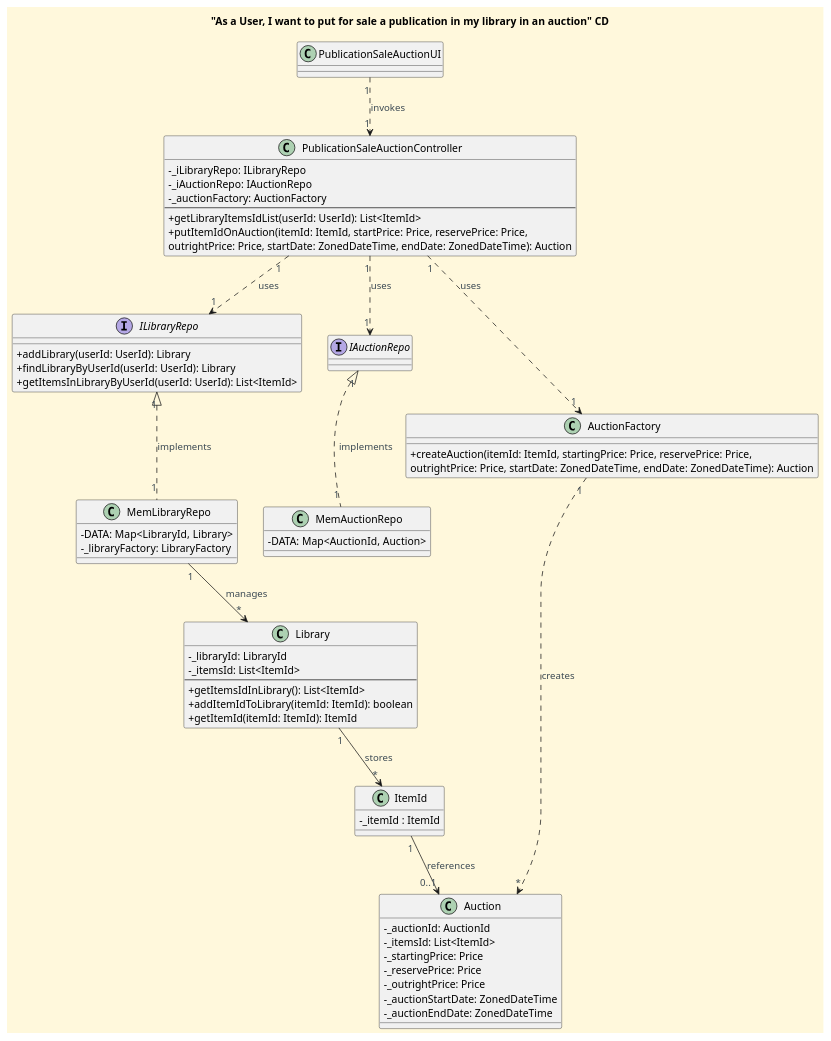
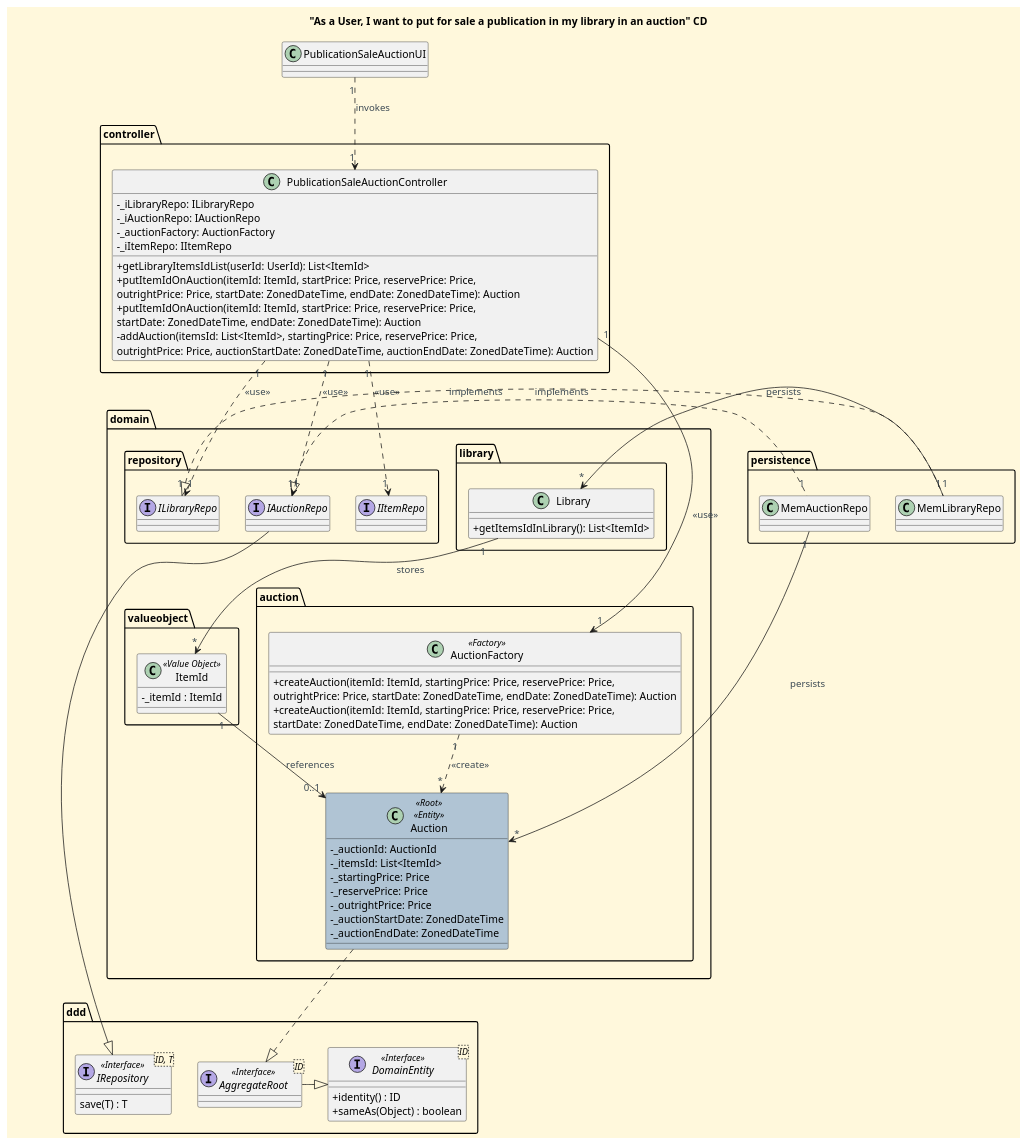
The diagram in docs/functionalities/user/put-for-sale-a-publication-in-my-library-for-auction/Put_For_Sale_A_Publication_In_My_Library_For_Auction_CD.puml (CarolinaLeite-collab/JavaMarketplacePlatform), drawn with PlantUML before and after one commit.

Commit message:
fix: representation of the folders in the diagram, refs #426

```diff
--- a/docs/functionalities/user/put-for-sale-a-publication-in-my-library-for-auction/Put_For_Sale_A_Publication_In_My_Library_For_Auction_CD.puml
+++ b/docs/functionalities/user/put-for-sale-a-publication-in-my-library-for-auction/Put_For_Sale_A_Publication_In_My_Library_For_Auction_CD.puml
@@ -1,95 +1,121 @@
 @startuml
 'https://plantuml.com/class-diagram
 title "As a User, I want to put for sale a publication in my library in an auction" CD
 
 '==== basic style ====
 skinparam monochrome false
 skinparam shadowing false
 skinparam defaultFontName Futura
 skinparam objectFontSize 20
 skinparam backgroundColor CornSilk
 skinparam objectBackgroundColor WhiteSmoke
 skinparam noteBackgroundColor #FFFFE0
 skinparam ArrowFontColor #3B4953
 skinparam ActivationBackgroundColor black
 skinparam classAttributeIconSize 0
 
 '=== Classes ===
 class PublicationSaleAuctionUI {
 }
 
-class PublicationSaleAuctionController {
-  - _iLibraryRepo: ILibraryRepo
-  - _iAuctionRepo: IAuctionRepo
-  - _auctionFactory: AuctionFactory
-  --
-  + getLibraryItemsIdList(userId: UserId): List<ItemId>
-  + putItemIdOnAuction(itemId: ItemId, startPrice: Price, reservePrice: Price,
-    outrightPrice: Price, startDate: ZonedDateTime, endDate: ZonedDateTime): Auction
+package "controller" {
+    class PublicationSaleAuctionController {
+      - _iLibraryRepo: ILibraryRepo
+      - _iAuctionRepo: IAuctionRepo
+      - _auctionFactory: AuctionFactory
+      - _iItemRepo: IItemRepo
+      + getLibraryItemsIdList(userId: UserId): List<ItemId>
+      + putItemIdOnAuction(itemId: ItemId, startPrice: Price, reservePrice: Price,
+        outrightPrice: Price, startDate: ZonedDateTime, endDate: ZonedDateTime): Auction
+      + putItemIdOnAuction(itemId: ItemId, startPrice: Price, reservePrice: Price,
+              startDate: ZonedDateTime, endDate: ZonedDateTime): Auction
+      - addAuction(itemsId: List<ItemId>, startingPrice: Price, reservePrice: Price,
+              outrightPrice: Price, auctionStartDate: ZonedDateTime, auctionEndDate: ZonedDateTime): Auction
+    }
 }
 
-interface ILibraryRepo {
-  + addLibrary(userId: UserId): Library
-  + findLibraryByUserId(userId: UserId): Library
-  + getItemsInLibraryByUserId(userId: UserId): List<ItemId>
+package "domain" {
+    package "repository" {
+        interface ILibraryRepo
+        interface IAuctionRepo
+        interface IItemRepo
+    }
+
+    package "library" {
+        class Library {
+          + getItemsIdInLibrary(): List<ItemId>
+        }
+    }
+
+    package "auction" {
+        class Auction <<Root>> <<Entity>> #b0c4d4 {
+          - _auctionId: AuctionId
+          - _itemsId: List<ItemId>
+          - _startingPrice: Price
+          - _reservePrice: Price
+          - _outrightPrice: Price
+          - _auctionStartDate: ZonedDateTime
+          - _auctionEndDate: ZonedDateTime
+        }
+
+        class AuctionFactory <<Factory>> {
+          + createAuction(itemId: ItemId, startingPrice: Price, reservePrice: Price,
+                outrightPrice: Price, startDate: ZonedDateTime, endDate: ZonedDateTime): Auction
+          + createAuction(itemId: ItemId, startingPrice: Price, reservePrice: Price,
+                startDate: ZonedDateTime, endDate: ZonedDateTime): Auction
+        }
+    }
+
+    package "valueobject" {
+        class ItemId <<Value Object>> {
+          - _itemId : ItemId
+        }
+    }
 }
 
-class MemLibraryRepo {
-  - DATA: Map<LibraryId, Library>
-  - _libraryFactory: LibraryFactory
-}
+Package "ddd" {
 
-class Library {
-  - _libraryId: LibraryId
-  - _itemsId: List<ItemId>
-  --
-  + getItemsIdInLibrary(): List<ItemId>
-  + addItemIdToLibrary(itemId: ItemId): boolean
-  + getItemId(itemId: ItemId): ItemId
-}
-
-class ItemId {
-  - _itemId : ItemId
-}
-
-interface IAuctionRepo {
+    interface IRepository<ID, T> <<Interface>> {
+    save(T) : T
+'    findAll() : Iterable<T>
+'    ofIdentity(ID) : Optional <T>
+'    containsOfIdentity(ID) : boolean
+    }
+    interface DomainEntity<ID> <<Interface>>{
+    +identity() : ID
+    +sameAs(Object) : boolean
+    }
+    interface AggregateRoot<ID> <<Interface>>{}
 
 }
 
-class MemAuctionRepo {
-  - DATA: Map<AuctionId, Auction>
+package "persistence" {
+    class MemLibraryRepo
+
+    class MemAuctionRepo
 }
 
-class AuctionFactory {
-  + createAuction(itemId: ItemId, startingPrice: Price, reservePrice: Price,
-    outrightPrice: Price, startDate: ZonedDateTime, endDate: ZonedDateTime): Auction
-}
-
-class Auction {
-  - _auctionId: AuctionId
-  - _itemsId: List<ItemId>
-  - _startingPrice: Price
-  - _reservePrice: Price
-  - _outrightPrice: Price
-  - _auctionStartDate: ZonedDateTime
-  - _auctionEndDate: ZonedDateTime
-}
 
 '=== Relationships ===
 PublicationSaleAuctionUI "1" ..> "1" PublicationSaleAuctionController : invokes
 
-PublicationSaleAuctionController "1" ..> "1" ILibraryRepo : uses
-PublicationSaleAuctionController "1" ..> "1" IAuctionRepo : uses
-PublicationSaleAuctionController "1" ..> "1" AuctionFactory : uses
+PublicationSaleAuctionController "1" ..> "1" ILibraryRepo : <<use>>
+PublicationSaleAuctionController "1" ..> "1" IAuctionRepo : <<use>>
+PublicationSaleAuctionController "1" ..> "1" IItemRepo : <<use>>
+PublicationSaleAuctionController "1" -> "1" AuctionFactory : <<use>>
 
-ILibraryRepo "1" <|.. "1" MemLibraryRepo : implements
-IAuctionRepo "1" <|.. "1" MemAuctionRepo : implements
+ILibraryRepo "1" <|... "1" MemLibraryRepo : implements
+IAuctionRepo "1" <|... "1" MemAuctionRepo : implements
 
-MemLibraryRepo "1" --> "*" Library : manages
+MemLibraryRepo "1" ---> "*" Library : persists
+MemAuctionRepo "1" ---> "*" Auction : persists
 Library "1" --> "*" ItemId : stores
 
 ItemId "1" --> "0..1" Auction : references
 
-AuctionFactory "1" ..> "*" Auction : creates
+AuctionFactory "1" ..> "*" Auction : <<create>>
+Auction ..|> AggregateRoot
+IAuctionRepo --|> IRepository
+AggregateRoot -|> DomainEntity
 
 @enduml
```
